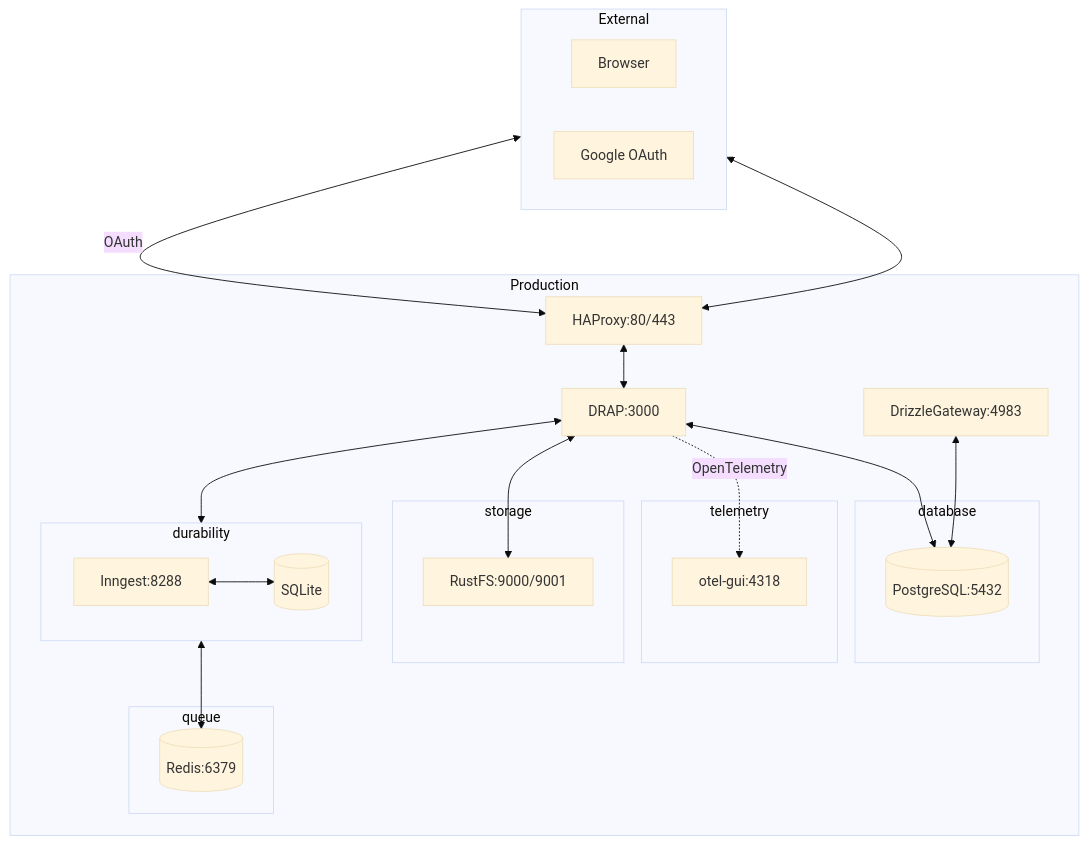
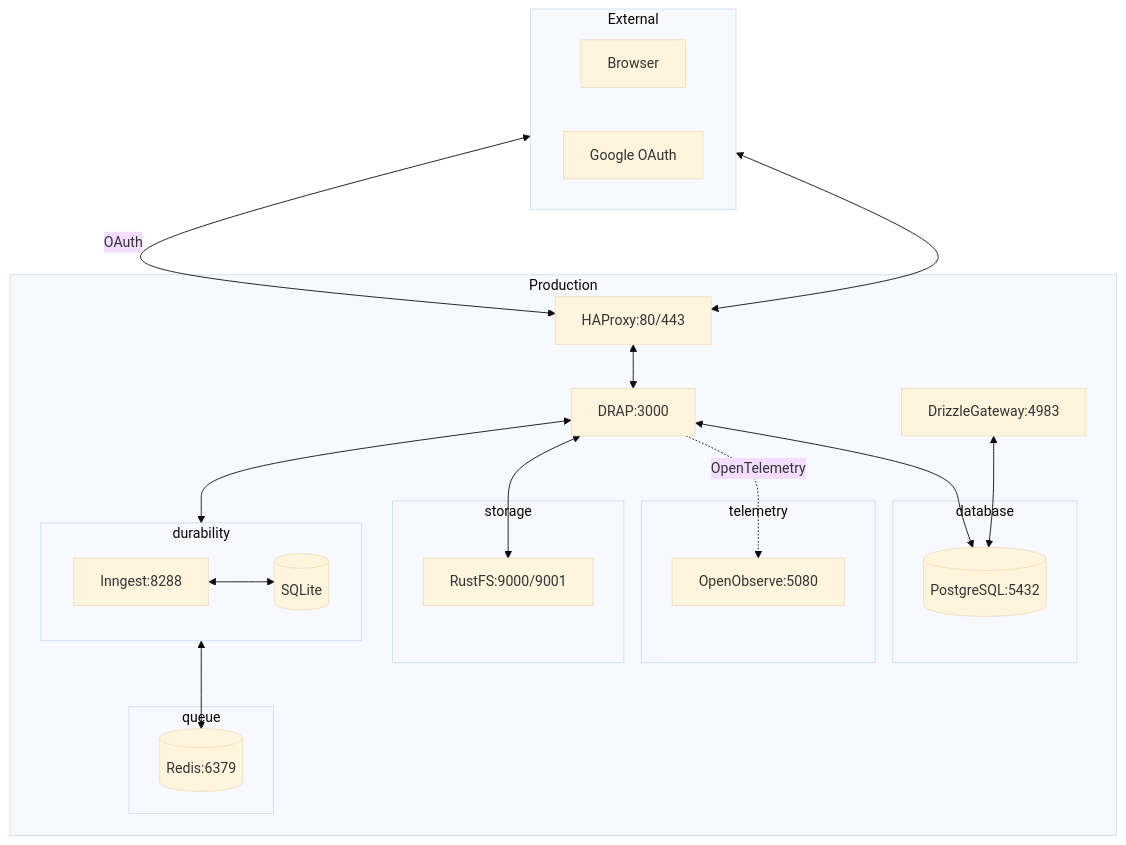
The first of 2 diagrams in README.md (BastiDood/drap), drawn with Mermaid (base theme) before and after one commit. The commit also changed other lines of this file and 1 other file, not shown here.

Commit message:
docs(docker): reinstate OpenObserve

````diff
--- a/README.md
+++ b/README.md
@@ -23,48 +23,48 @@
 ```mermaid
 flowchart TD
     subgraph External
         direction LR
         User[Browser]
         Google[Google OAuth]
     end
 
     subgraph Production
         HAProxy[HAProxy:80/443]
         SvelteKit[DRAP:3000]
 
         Drizzle[DrizzleGateway:4983]
 
         subgraph database [database]
             Postgres[(PostgreSQL:5432)]
         end
 
         subgraph durability [durability]
             direction LR
             Inngest[Inngest:8288]
             SQLite[(SQLite)]
         end
 
         subgraph queue [queue]
             Redis[(Redis:6379)]
         end
 
         subgraph telemetry [telemetry]
-            OtelGui[otel-gui:4318]
+            O2[OpenObserve:5080]
         end
 
         subgraph storage [storage]
             RustFS[RustFS:9000/9001]
         end
     end
 
     User <--> HAProxy
     HAProxy <--> SvelteKit
     Google <-->|OAuth| HAProxy
     SvelteKit <--> Postgres
     SvelteKit <--> Inngest
-    SvelteKit -.->|OpenTelemetry| OtelGui
+    SvelteKit -.->|OpenTelemetry| O2
     Inngest <--> Redis
     Inngest <--> SQLite
     SvelteKit <--> RustFS
     Drizzle <--> Postgres
 ```
````
